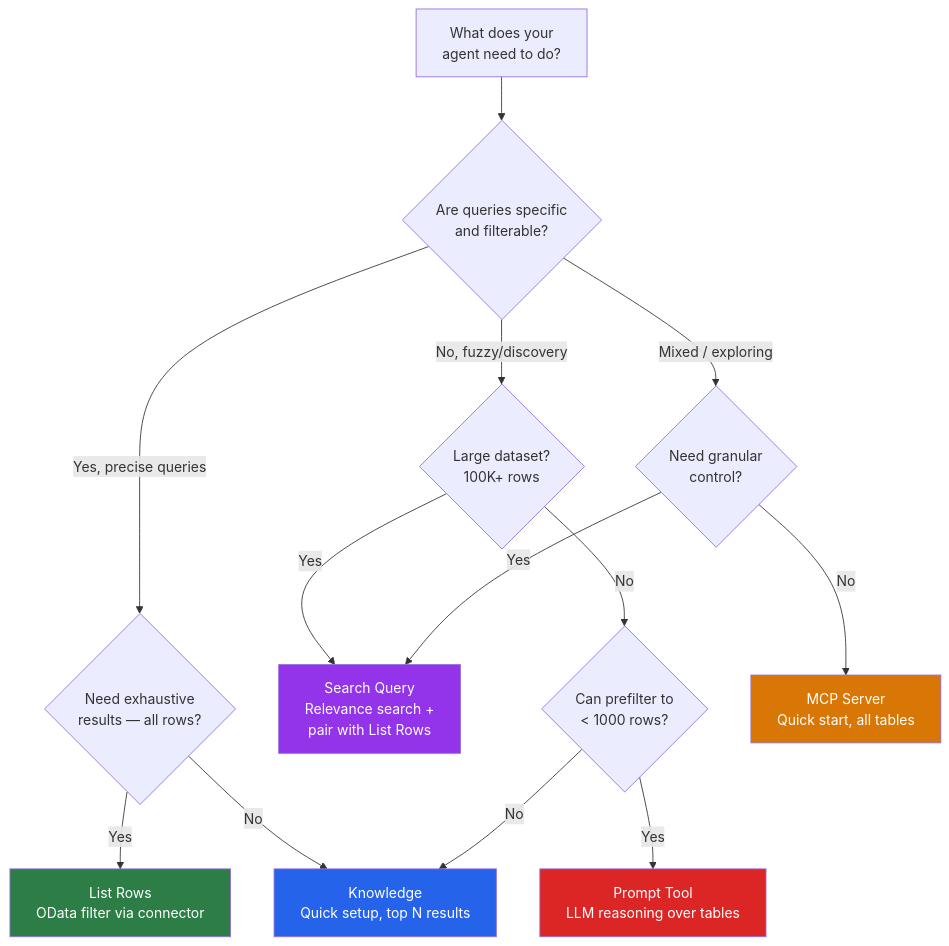
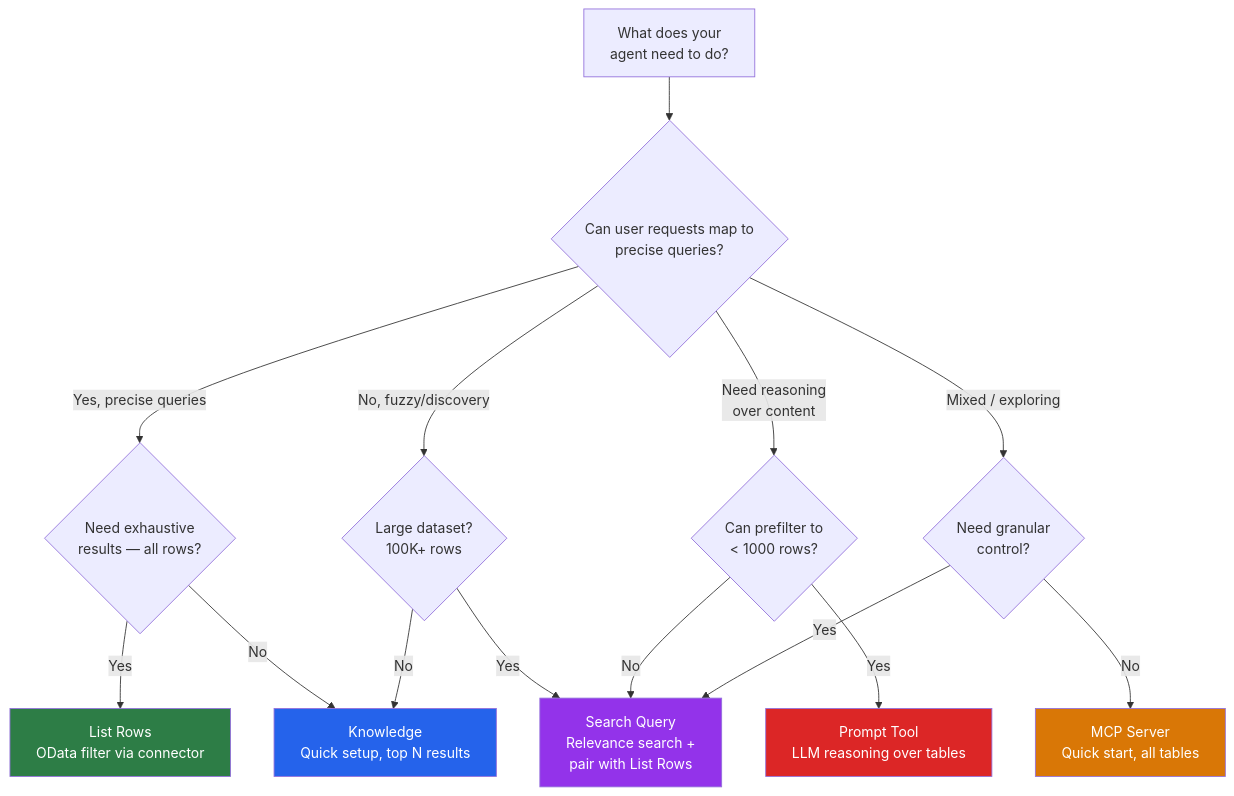
Before and after one commit to microsoft/mcscatblog: the first of 5 diagrams in _posts/2026-04-10-dataverse-retrieval-patterns-copilot-studio.md, drawn with Mermaid.

Commit message:
review: restructure decision flowchart per Karima's feedback
Reword Q1 from "Are queries specific and filterable?" to "Can user
requests map to precise queries?" to clarify that List Rows works for
complex NL requests mappable to OData filters.

Pull Prompt Tool out of the fuzzy/discovery branch into its own
top-level "Need reasoning over content" path from Q1, since LLM
reasoning over tabular data is orthogonal to fuzzy search.

````diff
--- a/_posts/2026-04-10-dataverse-retrieval-patterns-copilot-studio.md
+++ b/_posts/2026-04-10-dataverse-retrieval-patterns-copilot-studio.md
@@ -61,24 +61,26 @@
 ```mermaid
 flowchart TD
-    START["What does your<br>agent need to do?"] --> Q1{"Are queries specific<br>and filterable?"}
+    START["What does your<br>agent need to do?"] --> Q1{"Can user requests map to<br>precise queries?"}
     
     Q1 -- "Yes, precise queries" --> Q2{"Need exhaustive<br>results — all rows?"}
     Q2 -- Yes --> LISTROWS["List Rows<br>OData filter via connector"]
     Q2 -- No --> KNOWLEDGE["Knowledge<br>Quick setup, top N results"]
     
     Q1 -- "No, fuzzy/discovery" --> Q3{"Large dataset?<br>100K+ rows"}
     Q3 -- Yes --> SEARCH["Search Query<br>Relevance search +<br>pair with List Rows"]
-    Q3 -- No --> Q4{"Can prefilter to<br>< 1000 rows?"}
+    Q3 -- No --> KNOWLEDGE
+    
+    Q1 -- "Need reasoning<br>over content" --> Q4{"Can prefilter to<br>< 1000 rows?"}
     Q4 -- Yes --> PROMPT["Prompt Tool<br>LLM reasoning over tables"]
-    Q4 -- No --> KNOWLEDGE
+    Q4 -- No --> SEARCH
     
     Q1 -- "Mixed / exploring" --> Q5{"Need granular<br>control?"}
     Q5 -- No --> MCP["MCP Server<br>Quick start, all tables"]
     Q5 -- Yes --> SEARCH["Search Query<br>Relevance search +<br>pair with List Rows"]
     
     style LISTROWS fill:#2d7d46,color:#fff
     style KNOWLEDGE fill:#2563eb,color:#fff
     style SEARCH fill:#9333ea,color:#fff
     style PROMPT fill:#dc2626,color:#fff
     style MCP fill:#d97706,color:#fff
 ```
````
